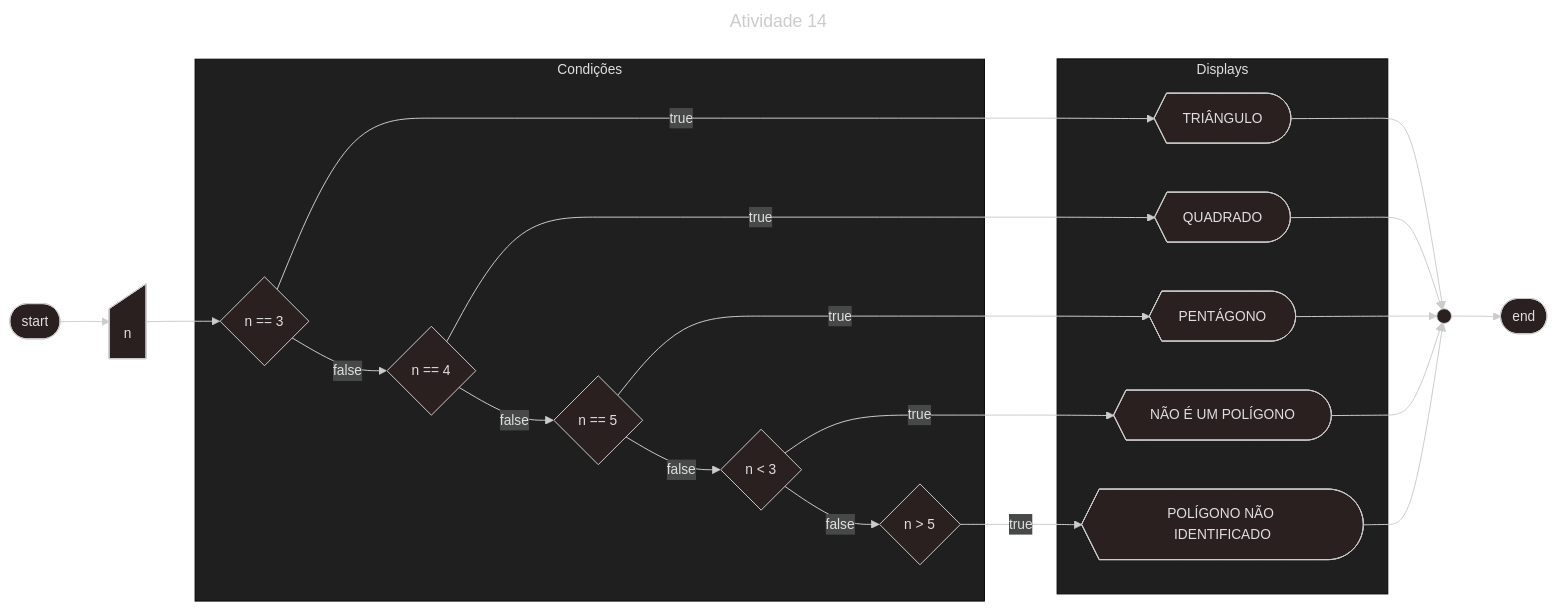
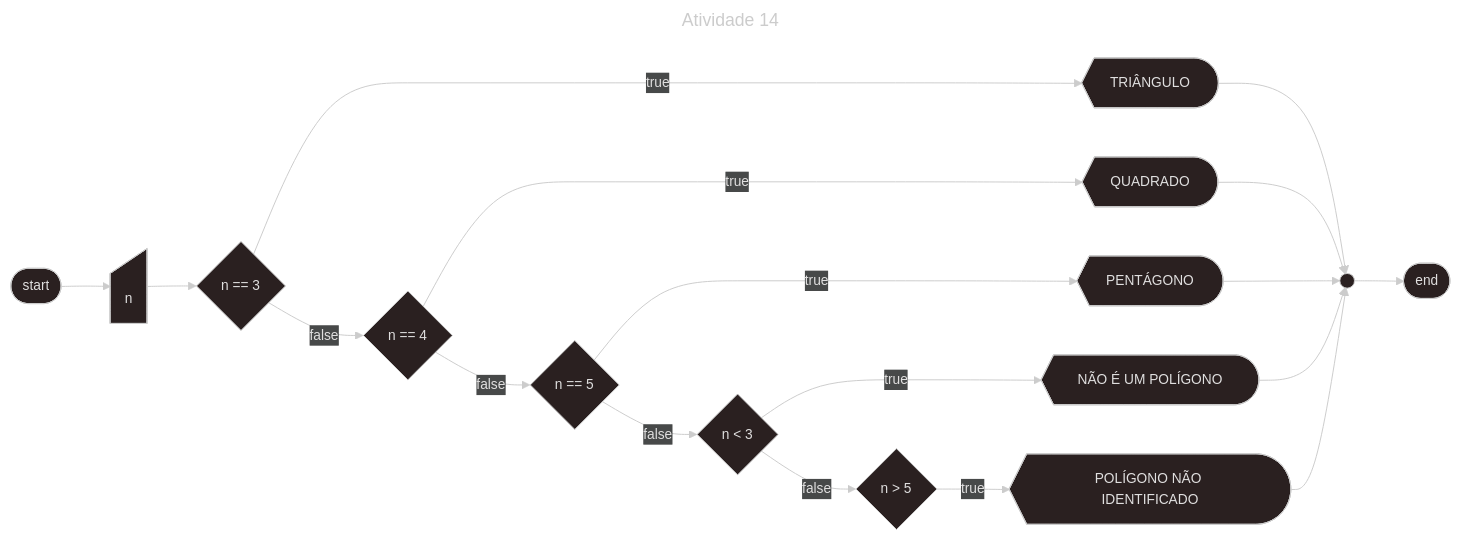
Before and after one commit to kf-martins-uel/algoritmos-atividade1: the eighth of 9 diagrams in Parte-2/README.md, drawn with Mermaid. The commit also changed other lines of this file and 7 other files, not shown here.

````diff
--- a/Parte-2/README.md
+++ b/Parte-2/README.md
@@ -376,33 +366,31 @@
 ```mermaid
 ---
 config:
   theme: neo-dark
 title: Atividade 14
 ---
 flowchart LR
     start([start])
     fim([end])
     conector@{shape: circle, label: " "} --> fim
     n@{shape: manual-input}
-    subgraph Condições
-        if3{"n == 3"}
-        if4{"n == 4"}
-        if5{"n == 5"}
-        ifi3{"n < 3"}
-        ifs5{"n > 5"}
-    end
-    subgraph Displays
-        t@{shape: display, label: "TRIÂNGULO"}
-        q@{shape: display, label: "QUADRADO"}
-        p@{shape: display, label: "PENTÁGONO"}
-        np@{shape: display, label: "NÃO É UM POLÍGONO"}
-        ni@{shape: display, label: "POLÍGONO NÃO IDENTIFICADO"}
-    end
+
+    if3{"n == 3"}
+    if4{"n == 4"}
+    if5{"n == 5"}
+    ifi3{"n < 3"}
+    ifs5{"n > 5"}
+
+    t@{shape: display, label: "TRIÂNGULO"}
+    q@{shape: display, label: "QUADRADO"}
+    p@{shape: display, label: "PENTÁGONO"}
+    np@{shape: display, label: "NÃO É UM POLÍGONO"}
+    ni@{shape: display, label: "POLÍGONO NÃO IDENTIFICADO"}
 
     start --> n --> if3 -->|false| if4 -->|false| if5 -->|false| ifi3 -->|false| ifs5
     if3 -->|true| t --> conector
     if4 -->|true| q --> conector
     if5 -->|true| p --> conector
     ifi3 -->|true| np --> conector
     ifs5 -->|true| ni --> conector
 ```
````
